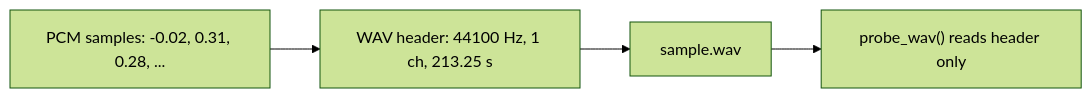
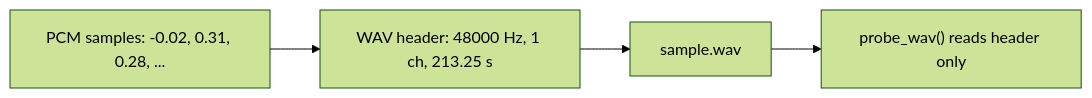
One commit to tungnguyenlam/audio-prepare-pipeline-redo changed the third of 7 diagrams in docs/concepts/01_audio_fundamentals.md. Above: the diagram before and after it, drawn with Mermaid (forest theme). The commit also changed other lines of this file and 12 other files, not shown here.

````diff
--- a/docs/concepts/01_audio_fundamentals.md
+++ b/docs/concepts/01_audio_fundamentals.md
@@ -50,6 +50,6 @@
 ```mermaid
 flowchart LR
-    PCM["PCM samples: -0.02, 0.31, 0.28, ..."] --> HDR["WAV header: 44100 Hz, 1 ch, 213.25 s"]
+    PCM["PCM samples: -0.02, 0.31, 0.28, ..."] --> HDR["WAV header: 48000 Hz, 1 ch, 213.25 s"]
     HDR --> FILE["sample.wav"]
     FILE --> PROBE["probe_wav() reads header only"]
 ```
````
